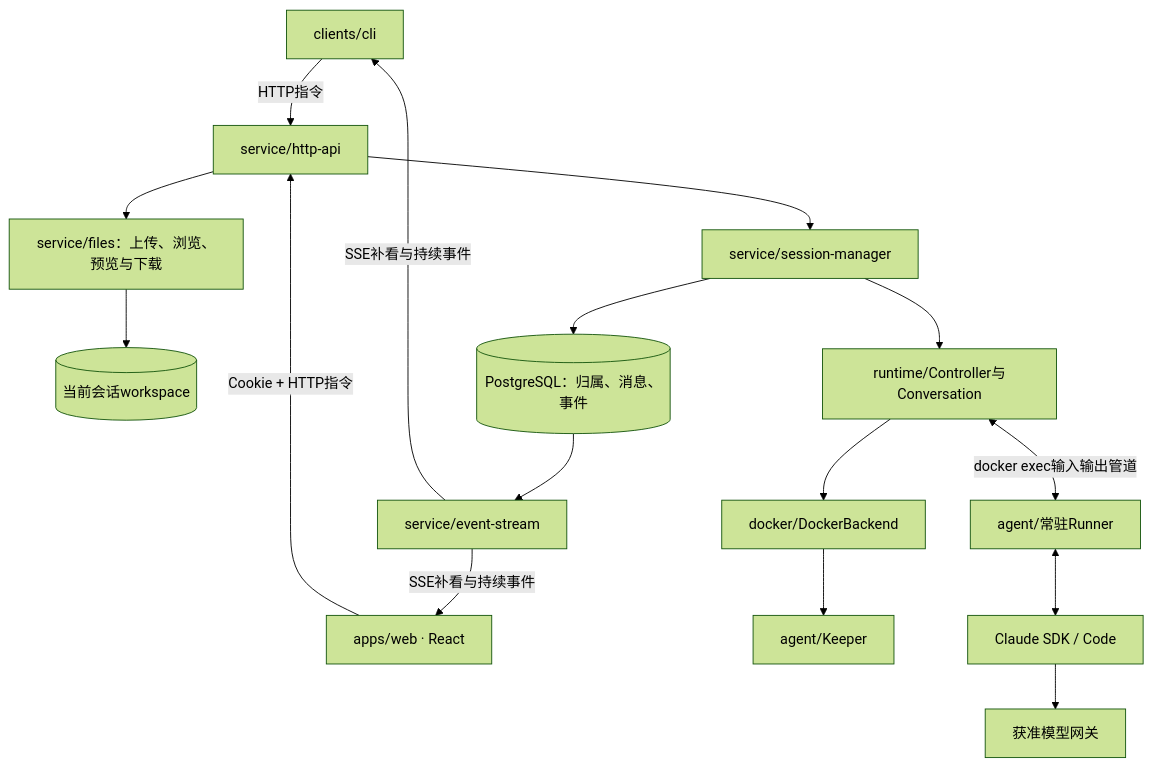
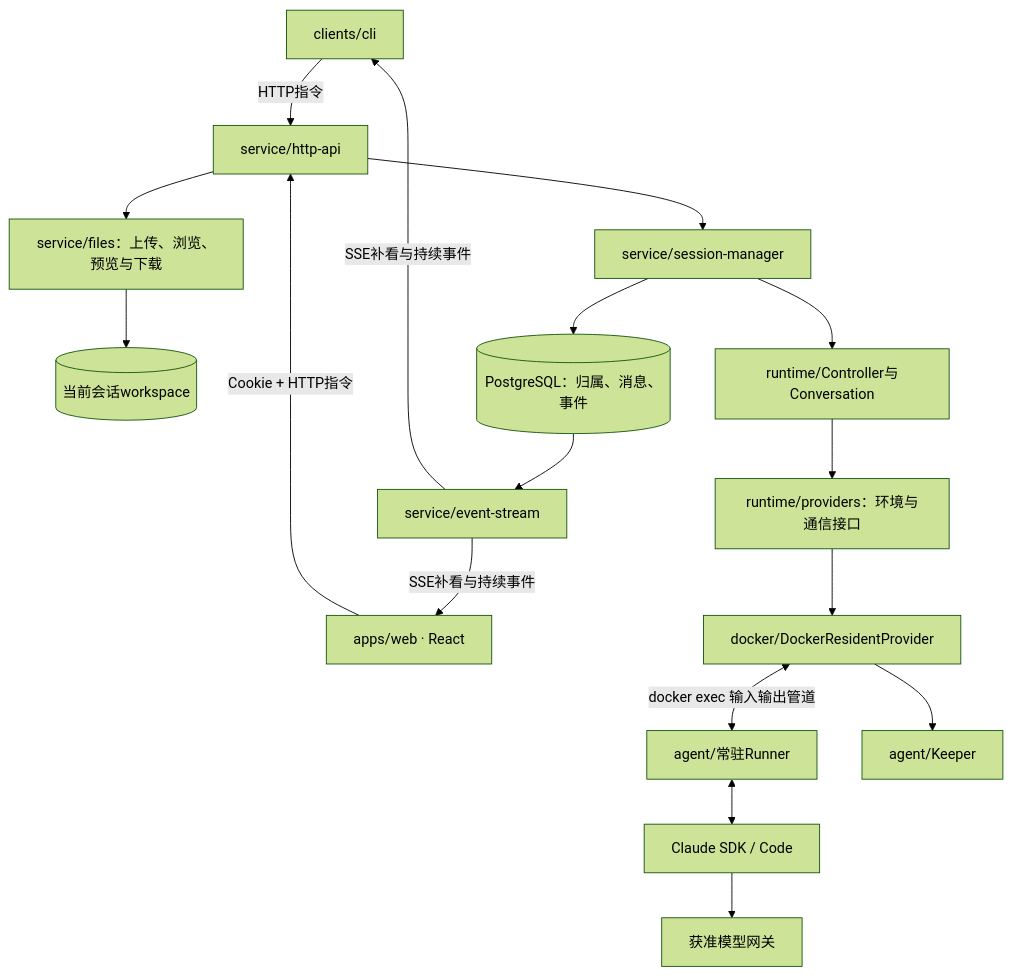
Before and after one commit to chenyk2016/agent-harbor: the diagram in docs/architecture.md, drawn with Mermaid (forest theme). The commit also changed other lines of this file and 8 other files, not shown here.

Commit message:
refactor(runtime): adapt Docker resident lifecycle and transport

````diff
--- a/docs/architecture.md
+++ b/docs/architecture.md
@@ -5,18 +5,19 @@
 ```mermaid
 flowchart TD
   CLI[clients/cli] -->|HTTP指令| API[service/http-api]
   WEB[apps/web · React] -->|Cookie + HTTP指令| API
   API --> F[service/files：上传、浏览、预览与下载]
   F --> W[(当前会话workspace)]
   API --> M[service/session-manager]
   M --> DB[(PostgreSQL：归属、消息、事件)]
   DB --> SSE[service/event-stream]
   SSE -->|SSE补看与持续事件| CLI
   SSE -->|SSE补看与持续事件| WEB
   M --> C[runtime/Controller与Conversation]
-  C --> D[docker/DockerBackend]
-  C <-->|docker exec输入输出管道| R[agent/常驻Runner]
+  C --> P[runtime/providers：环境与通信接口]
+  P --> D[docker/DockerResidentProvider]
+  D <-->|docker exec 输入输出管道| R[agent/常驻Runner]
   D --> K[agent/Keeper]
   R <--> SDK[Claude SDK / Code]
   SDK --> G[获准模型网关]
 ```
````
